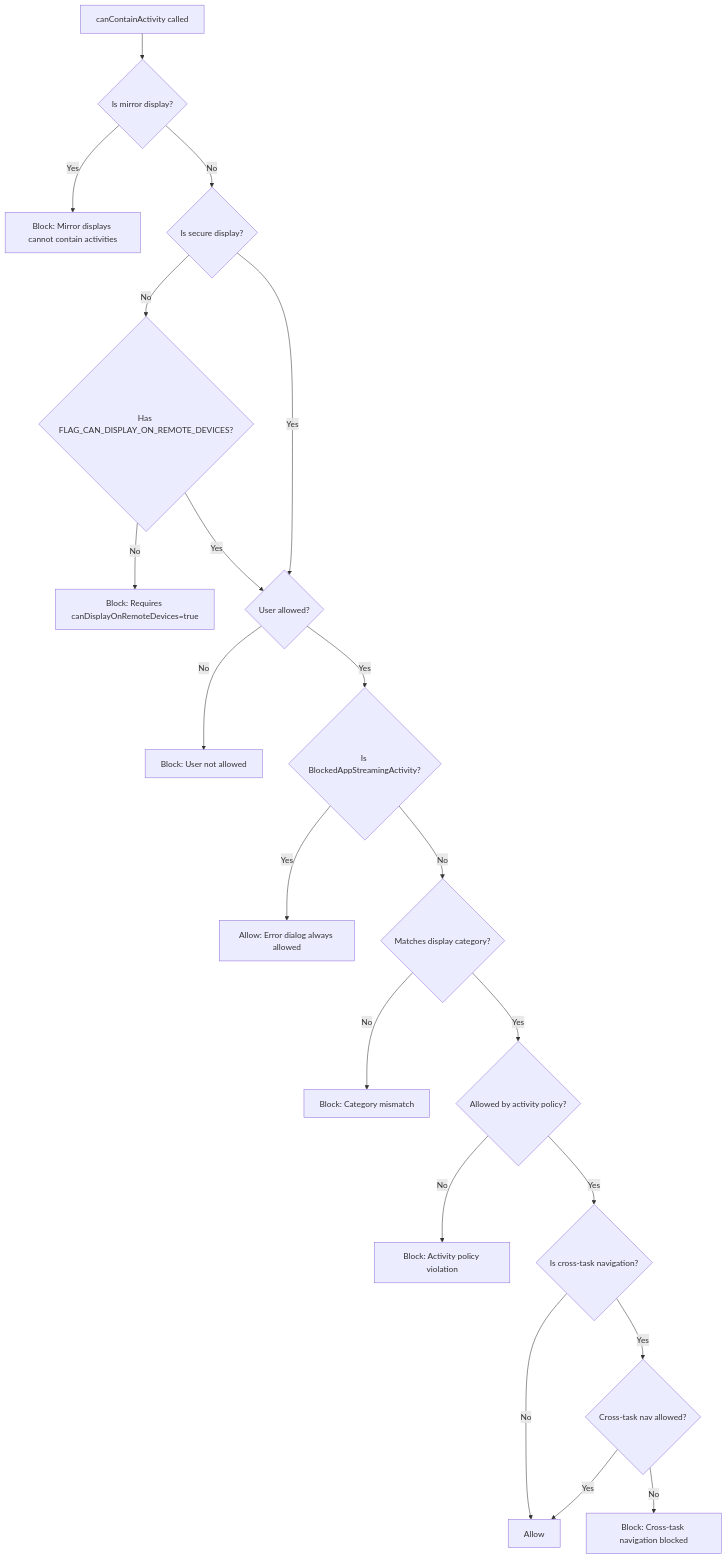
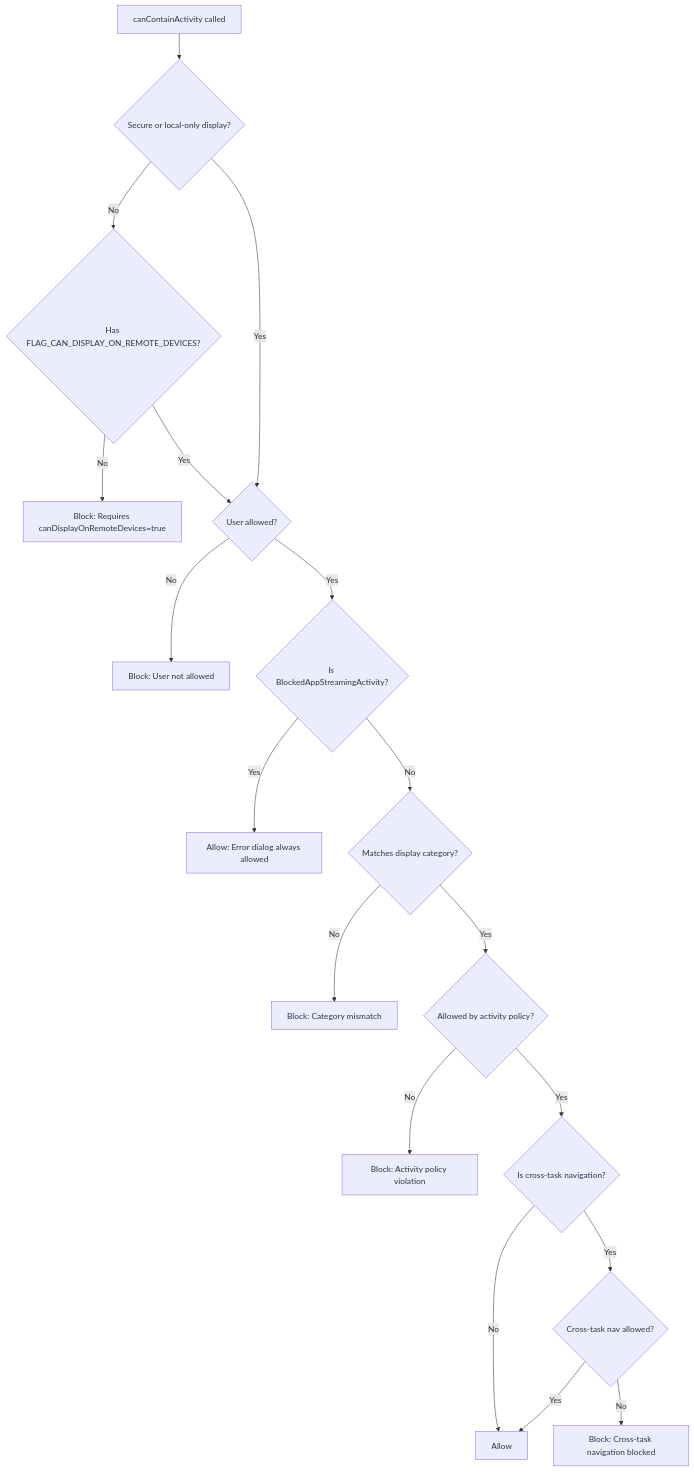
Diagram 14 of 17 in 51-companion-virtual-device.md (aospbooks/aosp-internal-book), drawn with Mermaid before and after one commit. The commit also changed other lines of this file and 232 other files, not shown here.

````diff
--- a/51-companion-virtual-device.md
+++ b/51-companion-virtual-device.md
@@ -2042,22 +2086,20 @@
 ```mermaid
 flowchart TD
-    A[canContainActivity called] --> B{Is mirror display?}
-    B -->|Yes| BLOCK1[Block: Mirror displays cannot contain activities]
-    B -->|No| C{Is secure display?}
+    A[canContainActivity called] --> C{"Secure or local-only display?"}
     C -->|No| D{Has FLAG_CAN_DISPLAY_ON_REMOTE_DEVICES?}
     D -->|No| BLOCK2[Block: Requires canDisplayOnRemoteDevices=true]
     D -->|Yes| E{User allowed?}
     C -->|Yes| E
     E -->|No| BLOCK3[Block: User not allowed]
     E -->|Yes| F{Is BlockedAppStreamingActivity?}
     F -->|Yes| ALLOW1[Allow: Error dialog always allowed]
     F -->|No| G{Matches display category?}
     G -->|No| BLOCK4[Block: Category mismatch]
     G -->|Yes| H{Allowed by activity policy?}
     H -->|No| BLOCK5[Block: Activity policy violation]
     H -->|Yes| I{Is cross-task navigation?}
     I -->|No| ALLOW2[Allow]
     I -->|Yes| J{Cross-task nav allowed?}
     J -->|No| BLOCK6[Block: Cross-task navigation blocked]
     J -->|Yes| ALLOW2
 ```
````
